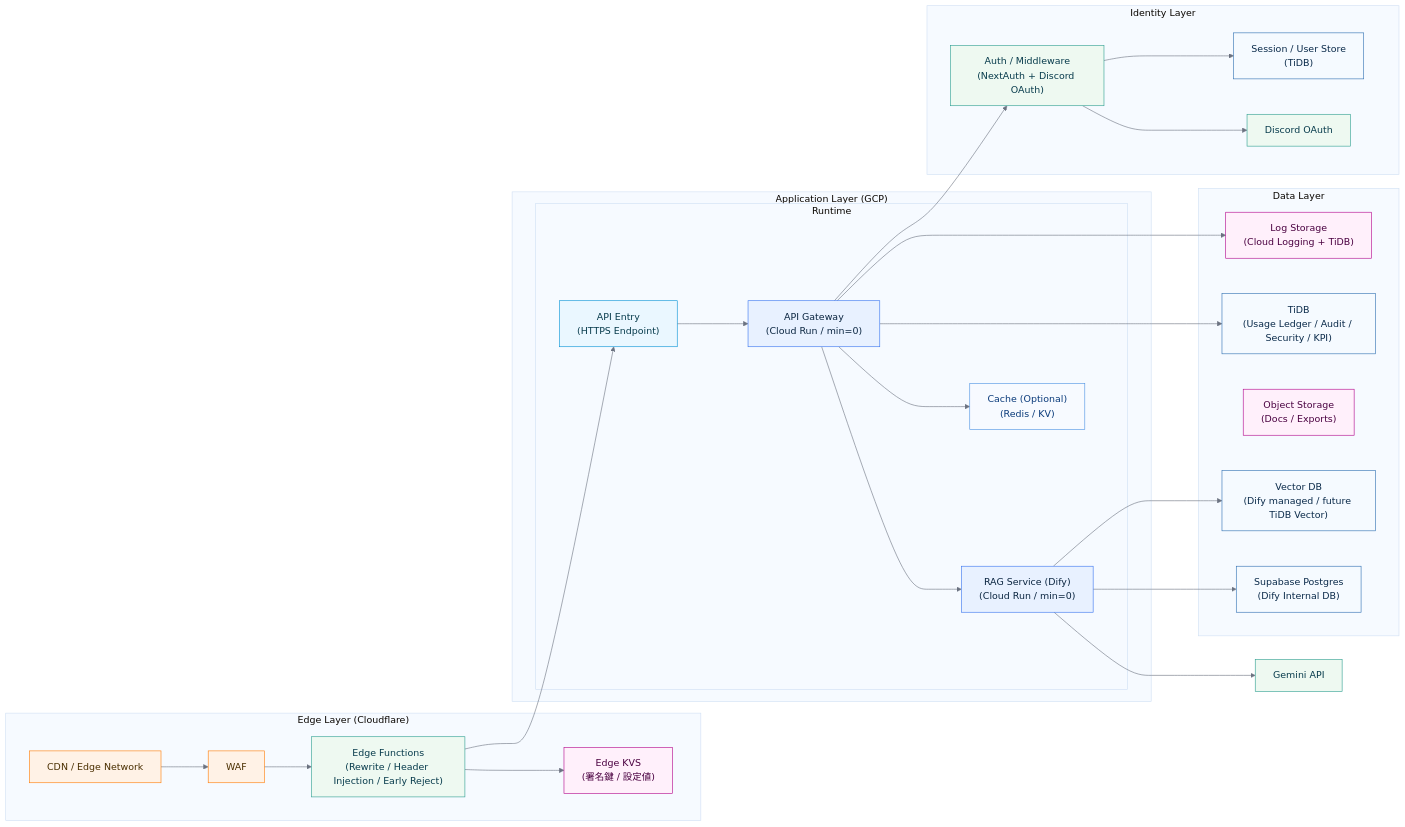
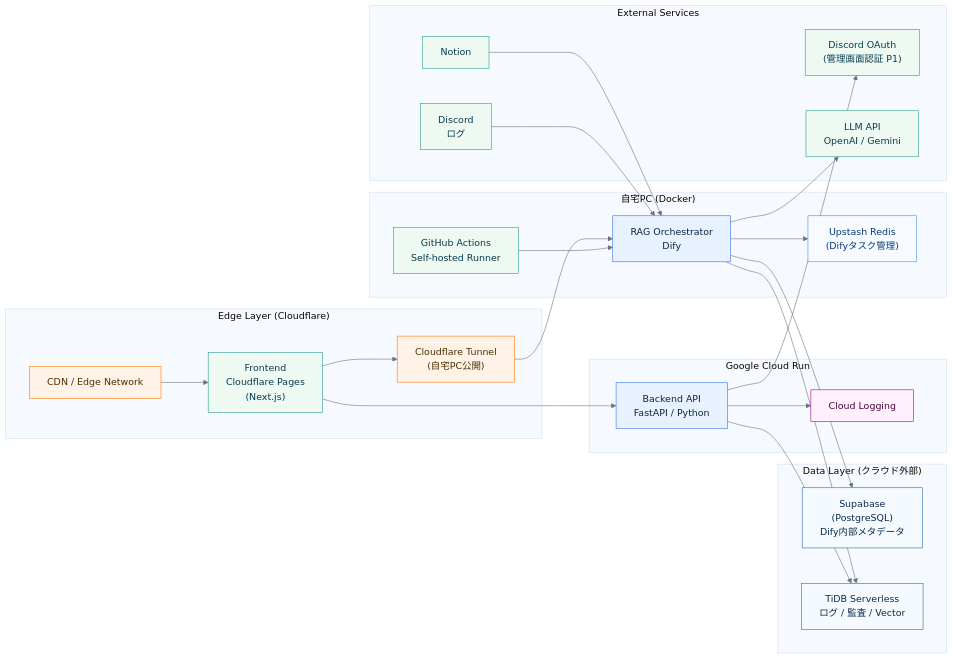
The diagram in docs/07_infrastructure.md (jyogi-web/Jyogi_Navi), drawn with Mermaid before and after one commit. The commit also changed other lines of this file and 6 other files, not shown here.

```diff
--- a/docs/07_infrastructure.md
+++ b/docs/07_infrastructure.md
@@ -49,68 +49,62 @@
     %% =======================
     subgraph EDGE["Edge Layer (Cloudflare)"]
         CDN["CDN / Edge Network"]:::edge
-        WAF["WAF"]:::edge
-        EDGE_FUNC["Edge Functions<br/>(Rewrite / Header Injection / Early Reject)"]:::svc
-        KVS["Edge KVS<br/>(署名鍵 / 設定値)"]:::data
+        FE["Frontend<br/>Cloudflare Pages<br/>(Next.js)"]:::svc
+        TUNNEL["Cloudflare Tunnel<br/>(自宅PC公開)"]:::edge
     end
 
     %% =======================
-    %% Application Layer
+    %% Cloud Run
     %% =======================
-    subgraph APP["Application Layer (GCP)"]
-        subgraph VPC_APP["Runtime"]
-            LB["API Entry<br/>(HTTPS Endpoint)"]:::entry
-            API["API Gateway<br/>(Cloud Run / min=0)"]:::app
-            RAG["RAG Service (Dify)<br/>(Cloud Run / min=0)"]:::app
-            CACHE["Cache (Optional)<br/>(Redis / KV)"]:::cache
-        end
+    subgraph CLOUD["Google Cloud Run"]
+        API["Backend API<br/>FastAPI / Python"]:::app
+        LOGS["Cloud Logging"]:::data
     end
 
     %% =======================
-    %% Identity Layer
+    %% 自宅PC
     %% =======================
-    subgraph IDENTITY["Identity Layer"]
-        AUTH_SVC["Auth / Middleware<br/>(NextAuth + Discord OAuth)"]:::svc
-        IDP["Discord OAuth"]:::svc
-        AUTH_DB["Session / User Store<br/>(TiDB)"]:::db
+    subgraph HOME["自宅PC (Docker)"]
+        DIFY["RAG Orchestrator<br/>Dify"]:::app
+        CACHE["Upstash Redis<br/>(Difyタスク管理)"]:::cache
+        RUNNER["GitHub Actions<br/>Self-hosted Runner"]:::svc
     end
 
     %% =======================
     %% Data Layer
     %% =======================
-    subgraph DATA["Data Layer"]
-        RDB["TiDB<br/>(Usage Ledger / Audit / Security / KPI)"]:::db
-        VECTOR["Vector DB<br/>(Dify managed / future TiDB Vector)"]:::db
-        STORAGE["Object Storage<br/>(Docs / Exports)"]:::data
-        LOGS["Log Storage<br/>(Cloud Logging + TiDB)"]:::data
-        DIFY_DB["Supabase Postgres<br/>(Dify Internal DB)"]:::db
+    subgraph DATA["Data Layer (クラウド外部)"]
+        SUPABASE["Supabase<br/>(PostgreSQL)<br/>Dify内部メタデータ"]:::db
+        TIDB["TiDB Serverless<br/>ログ / 監査 / Vector"]:::db
     end
 
     %% =======================
     %% External
     %% =======================
-    GEM["Gemini API"]:::svc
+    subgraph EXT["External Services"]
+        DISCORD["Discord OAuth<br/>(管理画面認証 P1)"]:::svc
+        LLM["LLM API<br/>OpenAI / Gemini"]:::svc
+        NOTION["Notion"]:::svc
+        DISCORD_LOG["Discord<br/>ログ"]:::svc
+    end
 
     %% =======================
-    %% Connections
+    %% 接続
     %% =======================
-    CDN --> WAF
-    WAF --> EDGE_FUNC
-    EDGE_FUNC --> KVS
-    EDGE_FUNC --> LB
-
-    LB --> API
-    API --> RAG
-    RAG --> GEM
-
-    API --> CACHE
-    API --> RDB
+    CDN --> FE
+    FE --> API
+    FE --> TUNNEL
+    TUNNEL --> DIFY
+    API --> TIDB
     API --> LOGS
-    RAG --> DIFY_DB
-    RAG --> VECTOR
-    API --> AUTH_SVC
-    AUTH_SVC --> IDP
-    AUTH_SVC --> AUTH_DB
+    API --> DISCORD
+    DIFY --> SUPABASE
+    DIFY --> TIDB
+    DIFY --> CACHE
+    DIFY --> LLM
+    NOTION --> DIFY
+    DISCORD_LOG --> DIFY
+    RUNNER --> DIFY
 
     %% =======================
     %% Class Definitions
@@ -118,7 +112,6 @@
     classDef edge fill:#fff2e6,stroke:#ff7a00,color:#4a2f00;
     classDef svc fill:#eef9f1,stroke:#2a9d8f,color:#073b4c;
     classDef app fill:#e8f1ff,stroke:#3572ef,color:#0a2540;
-    classDef entry fill:#eaf7ff,stroke:#0091d5,color:#073b4c;
     classDef db fill:#f5faff,stroke:#2b6cb0,color:#0a2a4a;
     classDef data fill:#fff0fb,stroke:#b1008a,color:#4a0040;
     classDef cache fill:#f7faff,stroke:#4a90e2,color:#093a7a;
```
